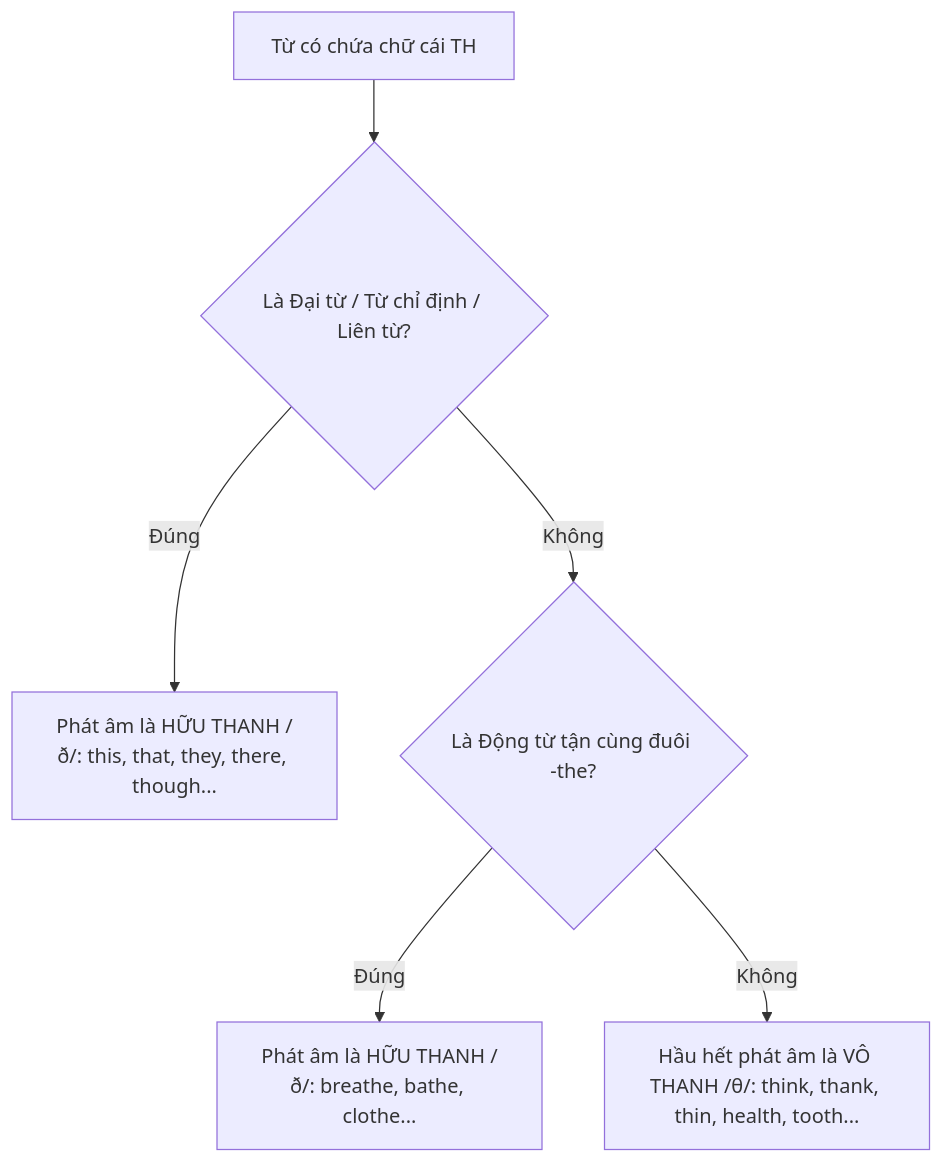
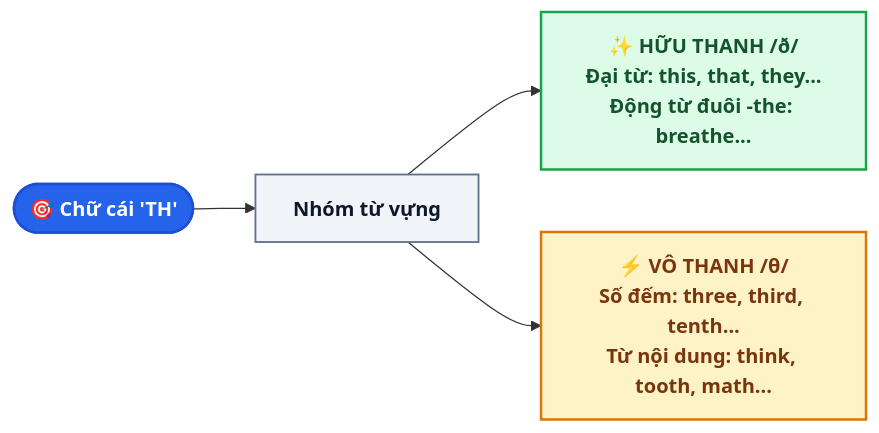
The diagram in chuyen_de_1_phat_am_th.md (tuankiet2510/EnglishDocs), drawn with Mermaid before and after one commit. The commit also changed other lines of this file and 86 other files, not shown here.

````diff
--- a/chuyen_de_1_phat_am_th.md
+++ b/chuyen_de_1_phat_am_th.md
@@ -12,8 +12,11 @@
 ```mermaid
-flowchart TD
-    A[Từ có chứa chữ cái TH] --> B{Là Đại từ / Từ chỉ định / Liên từ?}
-    B -- Đúng --> C[Phát âm là HỮU THANH /ð/: this, that, they, there, though...]
-    B -- Không --> D{Là Động từ tận cùng đuôi -the?}
-    D -- Đúng --> E[Phát âm là HỮU THANH /ð/: breathe, bathe, clothe...]
-    D -- Không --> F[Hầu hết phát âm là VÔ THANH /θ/: think, thank, thin, health, tooth...]
+flowchart LR
+    A(["🎯 Chữ cái 'TH'"]) --> B["Nhóm từ vựng"]
+    B --> C["✨ HỮU THANH /ð/<br/>Đại từ: this, that, they...<br/>Động từ đuôi -the: breathe..."]
+    B --> D["⚡ VÔ THANH /θ/<br/>Số đếm: three, third, tenth...<br/>Từ nội dung: think, tooth, math..."]
+    
+    style A fill:#2563eb,stroke:#1d4ed8,stroke-width:2px,color:#ffffff,font-weight:bold
+    style B fill:#f1f5f9,stroke:#64748b,stroke-width:1.5px,color:#0f172a,font-weight:bold
+    style C fill:#dcfce7,stroke:#16a34a,stroke-width:2px,color:#14532d,font-weight:bold
+    style D fill:#fef3c7,stroke:#d97706,stroke-width:2px,color:#78350f,font-weight:bold
 ```
````
